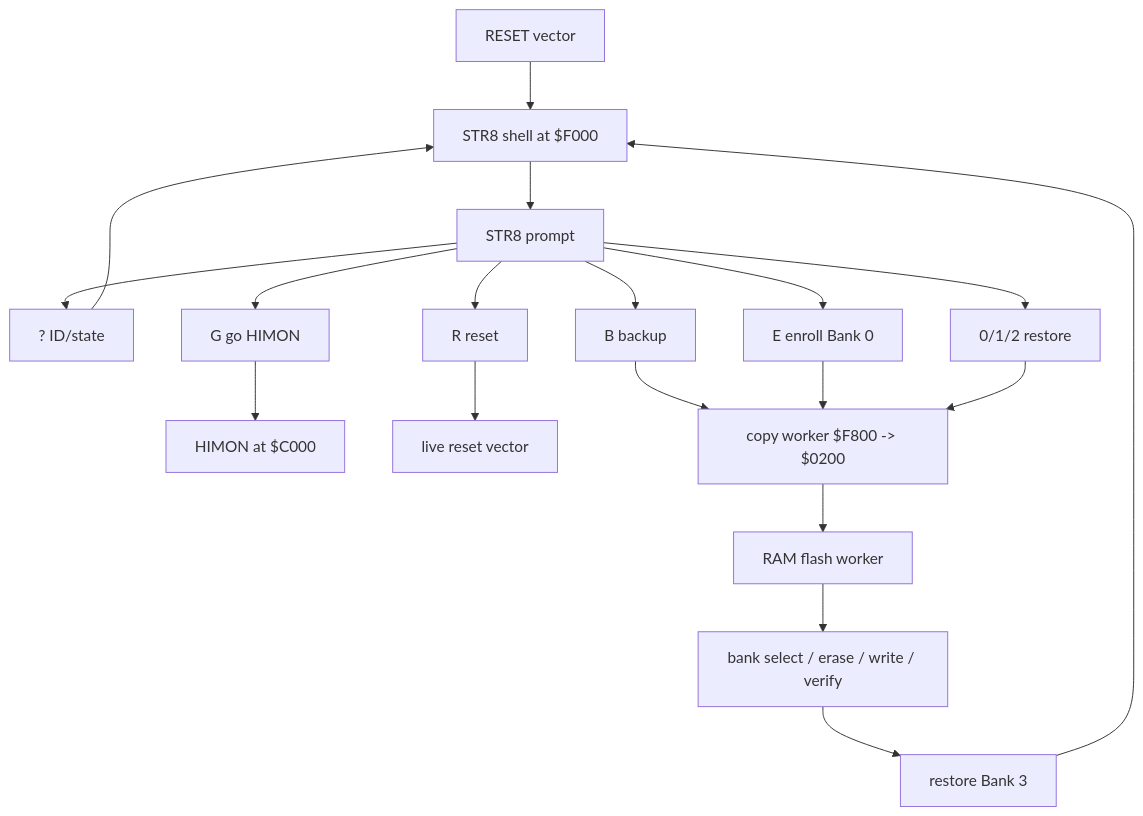
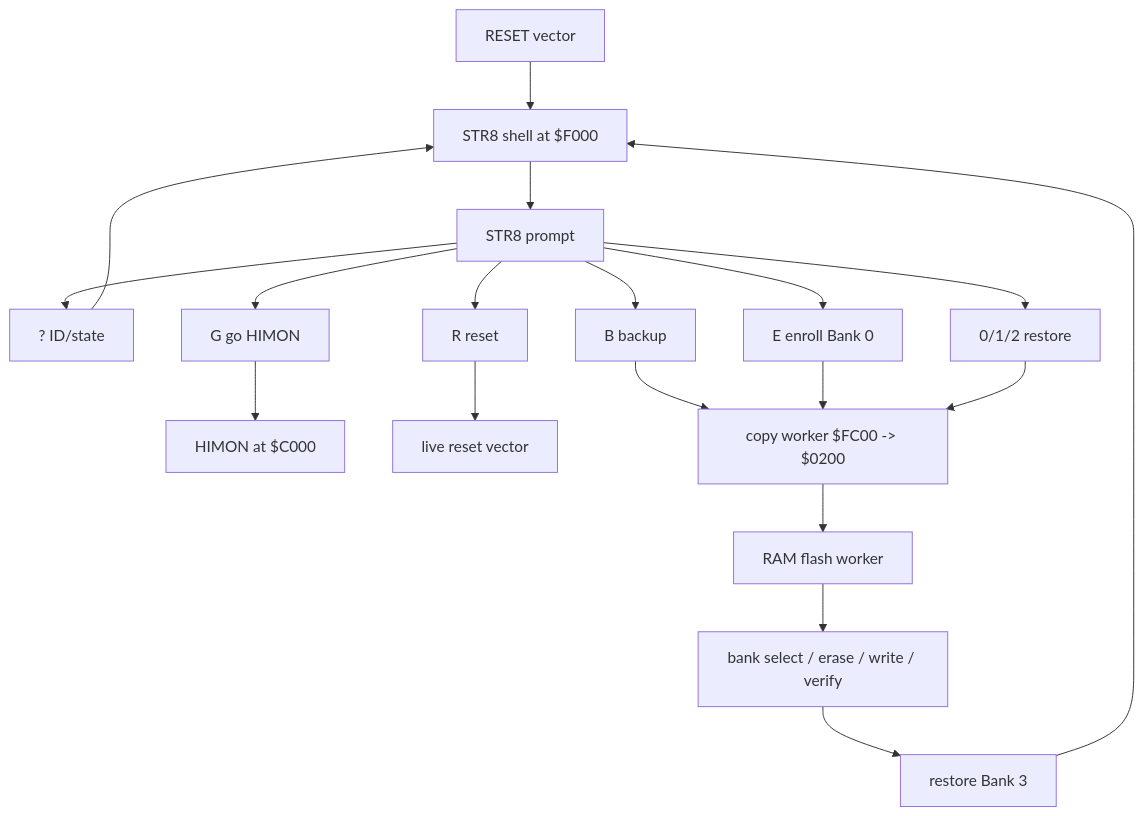
Before and after one commit to 95westus/R-YORS: the second of 3 diagrams in DOC/GUIDES/STR8.md, drawn with Mermaid. The commit also changed other lines of this file and 114 other files, not shown here.

````diff
--- a/DOC/GUIDES/STR8.md
+++ b/DOC/GUIDES/STR8.md
@@ -540,25 +545,25 @@
 ```mermaid
 flowchart TD
     RESET[RESET vector] --> STR8[STR8 shell at $F000]
     STR8 --> PROMPT[STR8 prompt]
 
     PROMPT --> Q[? ID/state]
     PROMPT --> B[B backup]
     PROMPT --> E[E enroll Bank 0]
     PROMPT --> RST[0/1/2 restore]
     PROMPT --> G[G go HIMON]
     PROMPT --> R[R reset]
 
     G --> HIMON[HIMON at $C000]
     R --> RESETV[live reset vector]
 
-    B --> COPY[copy worker $F800 -> $0200]
+    B --> COPY[copy worker $FC00 -> $0200]
     E --> COPY
     RST --> COPY
     COPY --> WORKER[RAM flash worker]
     WORKER --> FLASH[bank select / erase / write / verify]
     FLASH --> BANK3[restore Bank 3]
     BANK3 --> STR8
 
     Q --> STR8
 ```
````
